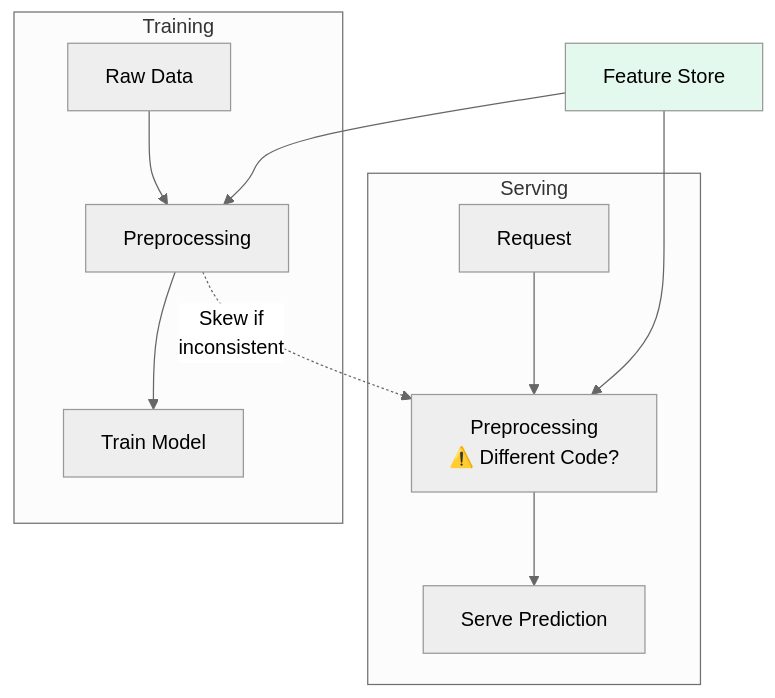
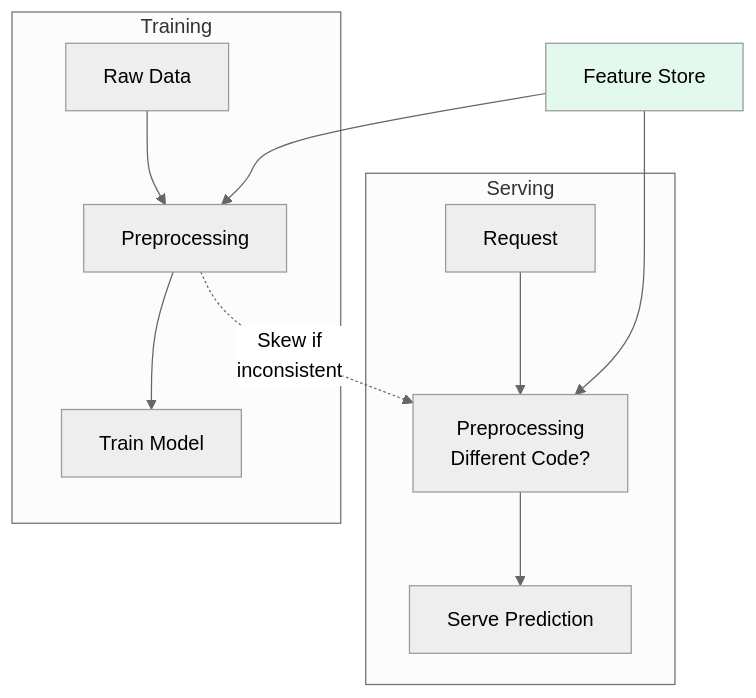
Before and after one commit to knekvasil/library: diagram 14 of 18 in ml/src/general-ml-review.md, drawn with Mermaid (neutral theme). The commit also changed other lines of this file, not shown here.

Commit message:
Fix mermaid syntax: remove unicode chars in link labels (φ, subscripts, emoji)

````diff
--- a/ml/src/general-ml-review.md
+++ b/ml/src/general-ml-review.md
@@ -876,12 +876,12 @@
 ```mermaid
 graph TD
     subgraph Training
         D[Raw Data] --> Preproc[Preprocessing] --> Train[Train Model]
     end
     subgraph Serving
-        Req[Request] --> Preproc2[Preprocessing<br/>⚠️ Different Code?] --> Serve[Serve Prediction]
+        Req[Request] --> Preproc2[Preprocessing<br/>Different Code?] --> Serve[Serve Prediction]
     end
     Preproc -.-> |Skew if<br/>inconsistent| Preproc2
     FS[Feature Store] --> Preproc & Preproc2
     style FS fill:#2ecc7120
 ```
````
